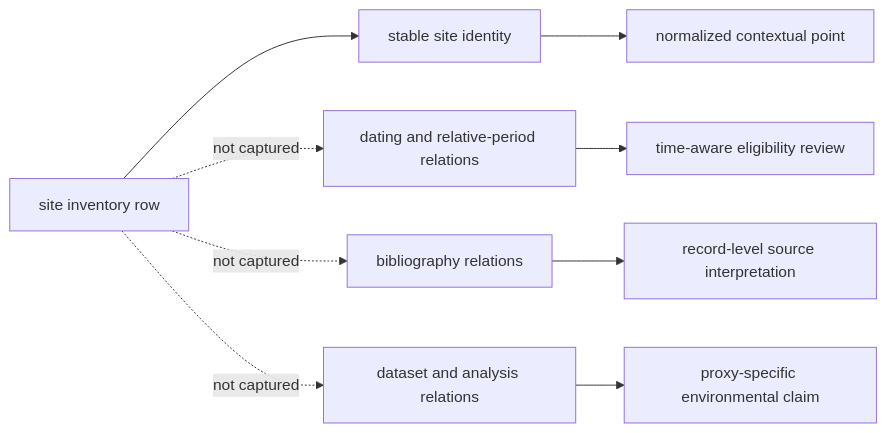
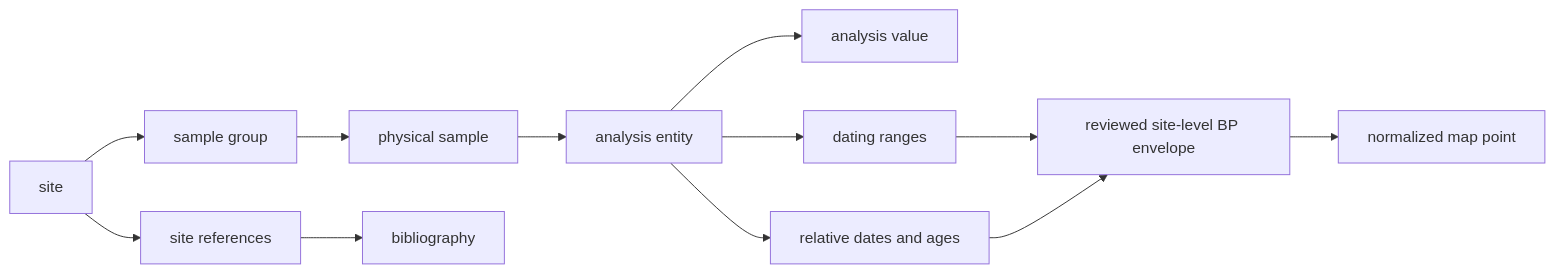
Before and after one commit to bijux/bijux-pollenomics: the first of 3 diagrams in docs/public/pollenomics-data/sources/sead.md, drawn with Mermaid. The commit also changed other lines of this file and 9 other files, not shown here.

````diff
--- a/docs/public/pollenomics-data/sources/sead.md
+++ b/docs/public/pollenomics-data/sources/sead.md
@@ -59,11 +55,14 @@
 ```mermaid
 flowchart LR
-    Site["site inventory row"] --> Identity["stable site identity"]
-    Site -. not captured .-> Dating["dating and relative-period relations"]
-    Site -. not captured .-> References["bibliography relations"]
-    Site -. not captured .-> Proxies["dataset and analysis relations"]
-    Identity --> Point["normalized contextual point"]
-    Dating --> Time["time-aware eligibility review"]
-    References --> Attribution["record-level source interpretation"]
-    Proxies --> Evidence["proxy-specific environmental claim"]
+    Site["site"] --> Group["sample group"]
+    Group --> Sample["physical sample"]
+    Sample --> Entity["analysis entity"]
+    Entity --> Value["analysis value"]
+    Entity --> Dating["dating ranges"]
+    Entity --> Relative["relative dates and ages"]
+    Site --> Reference["site references"]
+    Reference --> Bibliography["bibliography"]
+    Dating --> Envelope["reviewed site-level BP envelope"]
+    Relative --> Envelope
+    Envelope --> Point["normalized map point"]
 ```
````
